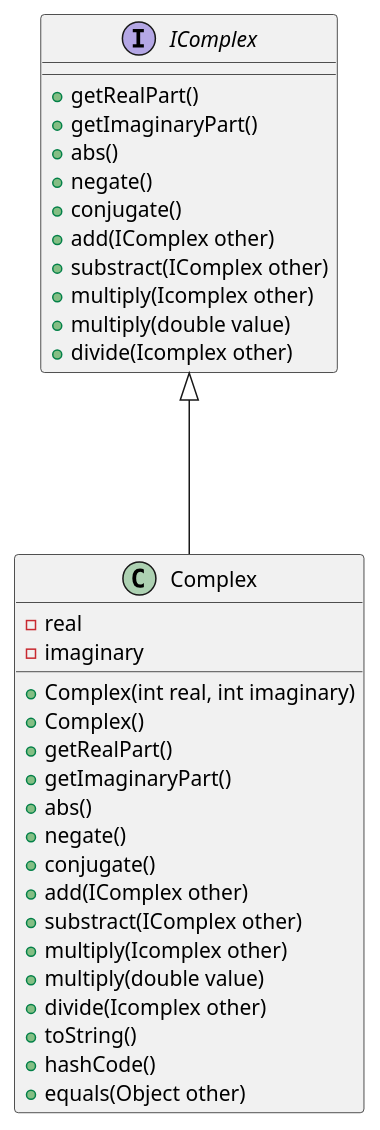
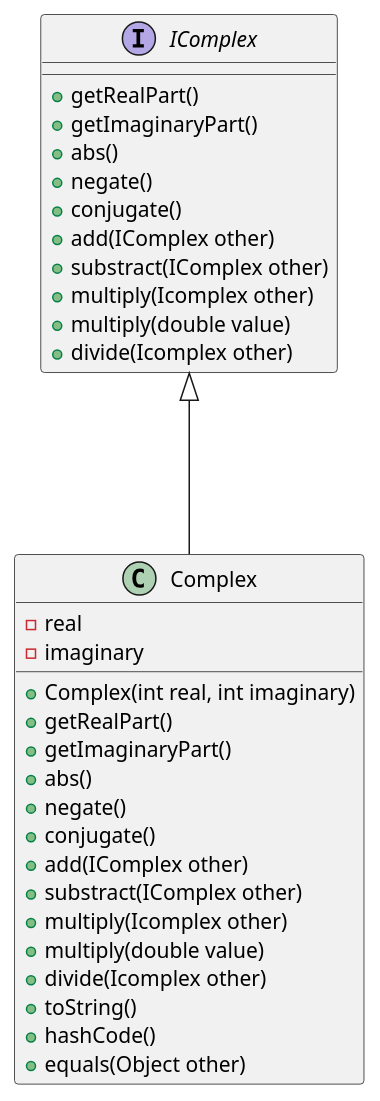
The diagram in README.md (FACON-Nicolas/fractals-generator), drawn with PlantUML before and after one commit.

Commit message:
feat/ remove useless constructor

````diff
--- a/README.md
+++ b/README.md
@@ -5,43 +5,42 @@
 ```plantuml
 @startuml
 
 interface IComplex {
 +getRealPart()
 +getImaginaryPart()
 +abs()
 +negate()
 +conjugate()
 +add(IComplex other)
 +substract(IComplex other)
 +multiply(Icomplex other)
 +multiply(double value)
 +divide(Icomplex other)
 }
 
 class Complex {
 
 -real
 -imaginary
 
 +Complex(int real, int imaginary)
-+Complex()
 +getRealPart()
 +getImaginaryPart()
 +abs()
 +negate()
 +conjugate()
 +add(IComplex other)
 +substract(IComplex other)
 +multiply(Icomplex other)
 +multiply(double value)
 +divide(Icomplex other)
 +toString()
 +hashCode()
 +equals(Object other)
 
 }
 
 IComplex <|---Complex
 
 @enduml
 ```
````
